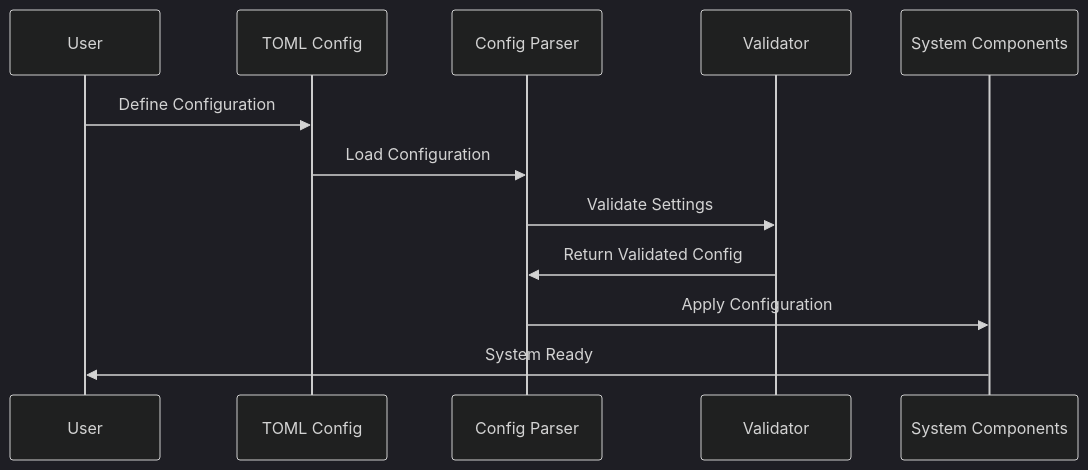
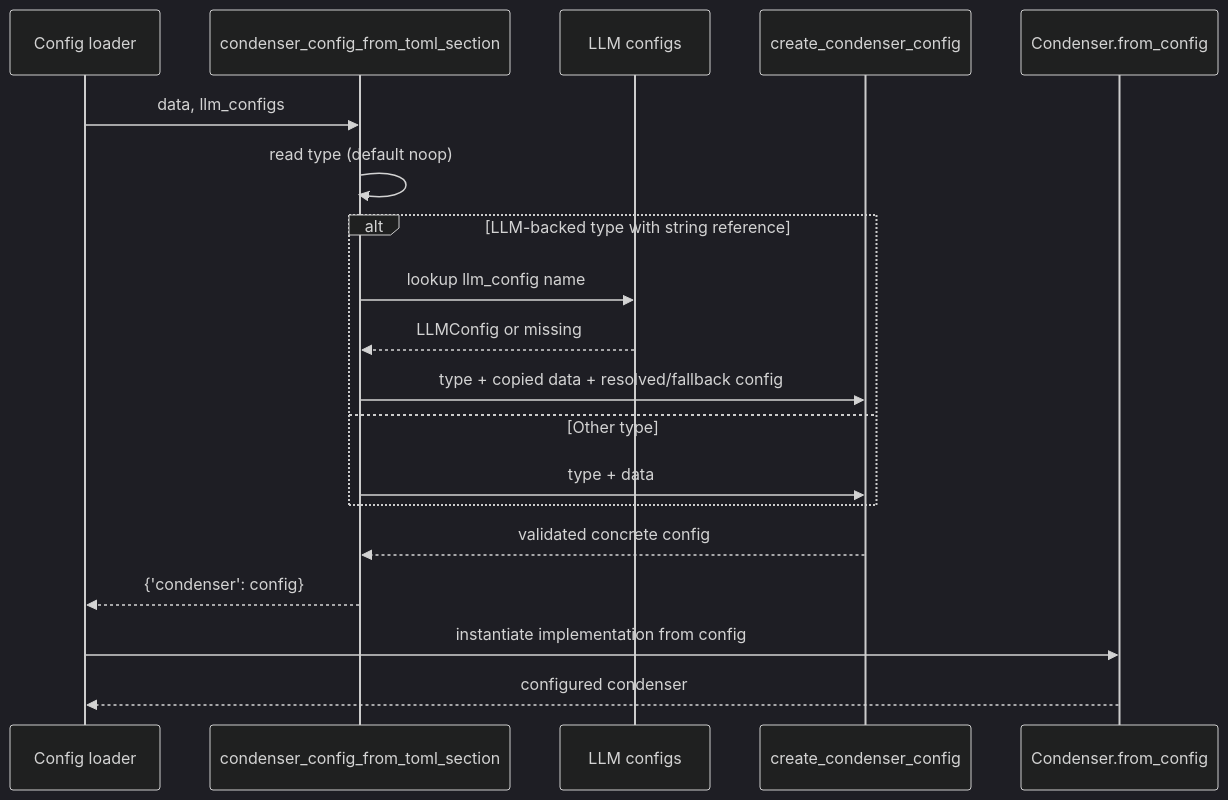
Before and after one commit to FSoft-AI4Code/codewiki-demo: the fifth of 6 diagrams in docs/All-Hands-AI--OpenHands-docs/core_configuration.md, drawn with Mermaid (dark theme). The commit also changed other lines of this file and 1767 other files, not shown here.

````diff
--- a/docs/All-Hands-AI--OpenHands-docs/core_configuration.md
+++ b/docs/All-Hands-AI--OpenHands-docs/core_configuration.md
@@ -130,15 +243,22 @@
 ```mermaid
 sequenceDiagram
-    participant User
-    participant TOML as TOML Config
-    participant Parser as Config Parser
-    participant Validator as Validator
-    participant System as System Components
-    
-    User->>TOML: Define Configuration
-    TOML->>Parser: Load Configuration
-    Parser->>Validator: Validate Settings
-    Validator->>Parser: Return Validated Config
-    Parser->>System: Apply Configuration
-    System->>User: System Ready
+    participant Loader as Config loader
+    participant Parser as condenser_config_from_toml_section
+    participant Registry as LLM configs
+    participant Factory as create_condenser_config
+    participant Consumer as Condenser.from_config
+
+    Loader->>Parser: data, llm_configs
+    Parser->>Parser: read type (default noop)
+    alt LLM-backed type with string reference
+        Parser->>Registry: lookup llm_config name
+        Registry-->>Parser: LLMConfig or missing
+        Parser->>Factory: type + copied data + resolved/fallback config
+    else Other type
+        Parser->>Factory: type + data
+    end
+    Factory-->>Parser: validated concrete config
+    Parser-->>Loader: {'condenser': config}
+    Loader->>Consumer: instantiate implementation from config
+    Consumer-->>Loader: configured condenser
 ```
````
